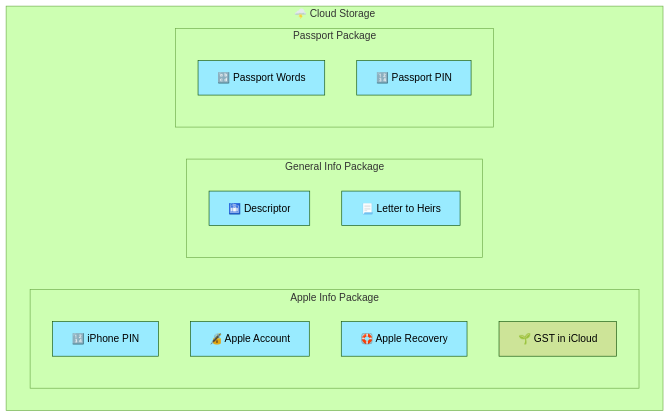
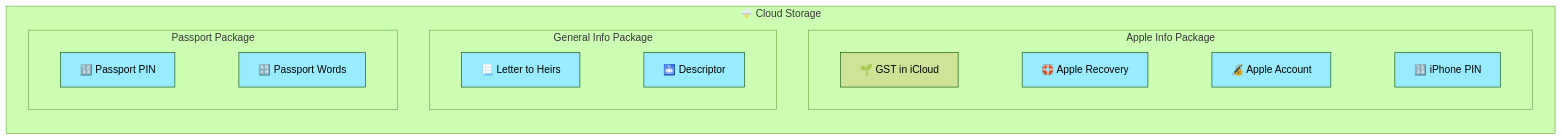
One commit to BlockchainCommons/SmartCustody changed the seventh of 55 diagrams in Docs/Scenario-Multisig.md. Above: the diagram before and after it, drawn with Mermaid (forest theme). The commit also changed other lines of this file, not shown here.

````diff
--- a/Docs/Scenario-Multisig.md
+++ b/Docs/Scenario-Multisig.md
@@ -280,28 +283,33 @@
 ```mermaid
-    graph TD
+    graph BT
+    linkStyle default stroke-width: 0px
+
     subgraph cloud["🌩️ Cloud Storage"]
       subgraph "Apple Info Package"
       E1["🔢 iPhone PIN"]
       E2["🔏 Apple Account"]
       E3["🛟 Apple Recovery"]    
       E4["🌱 GST in iCloud"]
+      E4---E3---E2---E1
       end
 
       subgraph "General Info Package"
-	E7["🛅 Descriptor"]
+      E7["🛅 Descriptor"]
       E8["📃 Letter to Heirs"]
+      E8---E7
       end
 
       subgraph "Passport Package"
       E5["🔡 Passport Words"]
       E6["🔢 Passport PIN"]
+      E6---E5
       end
     end
     style E1 color:#000,fill:#99ebff;
     style E2 color:#000,fill:#99ebff;
     style E3 color:#000,fill:#99ebff;
     style E5 color:#000,fill:#99ebff;
     style E6 color:#000,fill:#99ebff;
     style E7 color:#000,fill:#99ebff;
     style E8 color:#000,fill:#99ebff;
 ```
````
